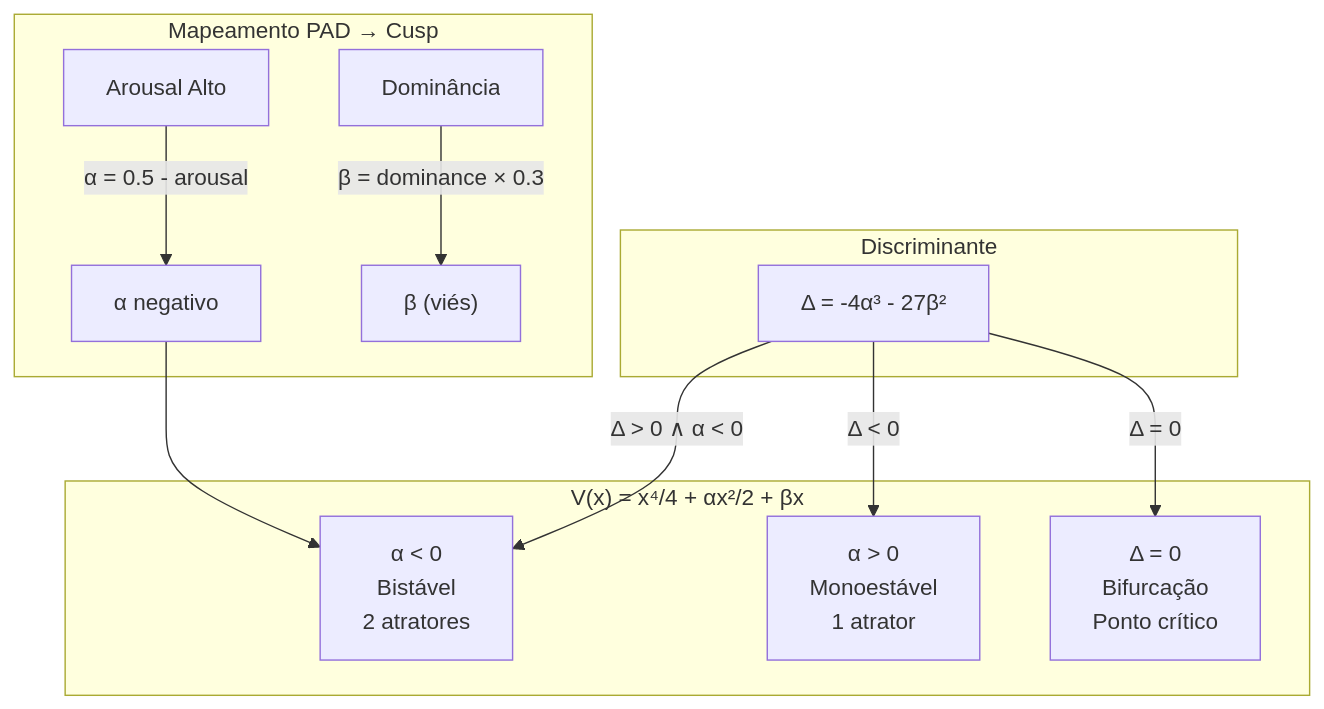
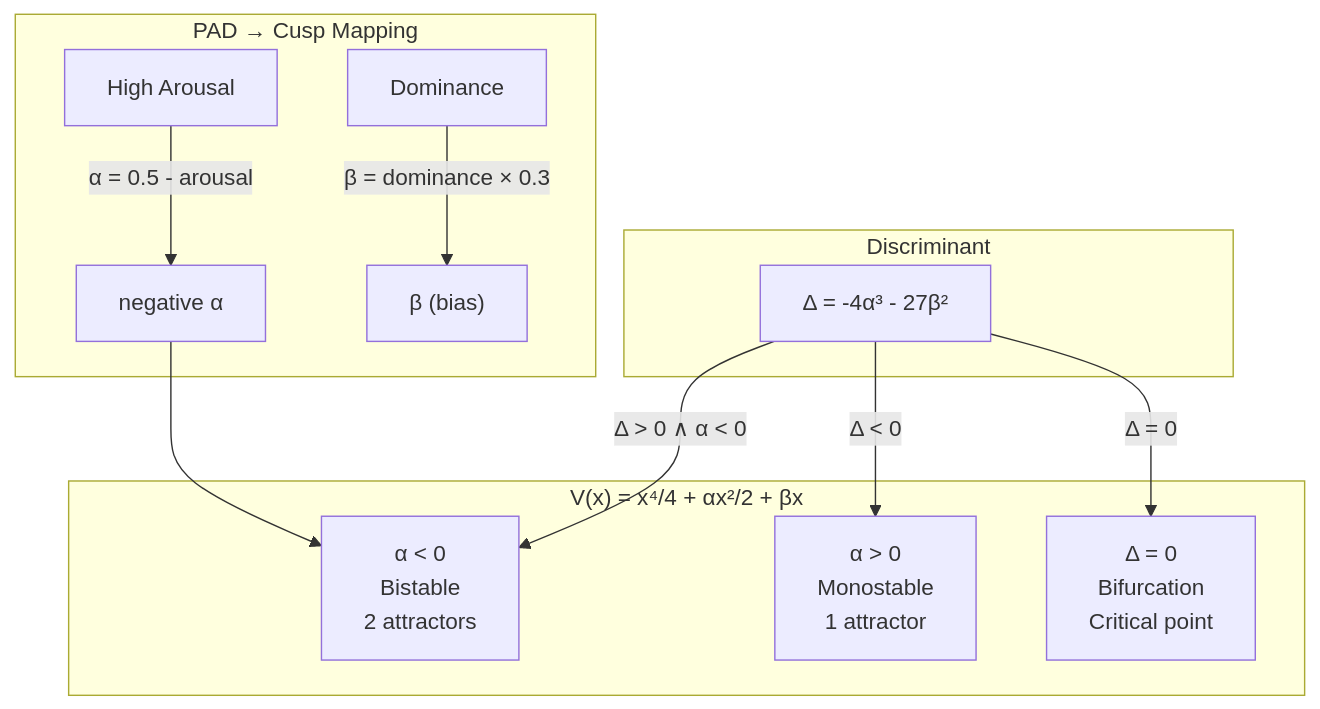
One commit to gabrielmaialva33/viva changed the fifth of 17 diagrams in docs/en/explanation/project-status.md. Above: the diagram before and after it, drawn with Mermaid. The commit also changed other lines of this file and 29 other files, not shown here.

````diff
--- a/docs/en/explanation/project-status.md
+++ b/docs/en/explanation/project-status.md
@@ -143,21 +143,21 @@
 ```mermaid
 graph TB
-    subgraph Potencial["V(x) = x⁴/4 + αx²/2 + βx"]
-        MONO["α > 0<br/>Monoestável<br/>1 atrator"]
-        BI["α < 0<br/>Bistável<br/>2 atratores"]
-        BIF["Δ = 0<br/>Bifurcação<br/>Ponto crítico"]
+    subgraph Potential["V(x) = x⁴/4 + αx²/2 + βx"]
+        MONO["α > 0<br/>Monostable<br/>1 attractor"]
+        BI["α < 0<br/>Bistable<br/>2 attractors"]
+        BIF["Δ = 0<br/>Bifurcation<br/>Critical point"]
     end
 
-    subgraph Discriminante
+    subgraph Discriminant
         DISC["Δ = -4α³ - 27β²"]
         DISC -->|"Δ > 0 ∧ α < 0"| BI
         DISC -->|"Δ < 0"| MONO
         DISC -->|"Δ = 0"| BIF
     end
 
-    subgraph PAD_Mapping["Mapeamento PAD → Cusp"]
-        AROUSAL["Arousal Alto"] -->|"α = 0.5 - arousal"| ALPHA["α negativo"]
+    subgraph PAD_Mapping["PAD → Cusp Mapping"]
+        AROUSAL["High Arousal"] -->|"α = 0.5 - arousal"| ALPHA["negative α"]
         ALPHA --> BI
-        DOM["Dominância"] -->|"β = dominance × 0.3"| BETA["β (viés)"]
+        DOM["Dominance"] -->|"β = dominance × 0.3"| BETA["β (bias)"]
     end
 ```
````
